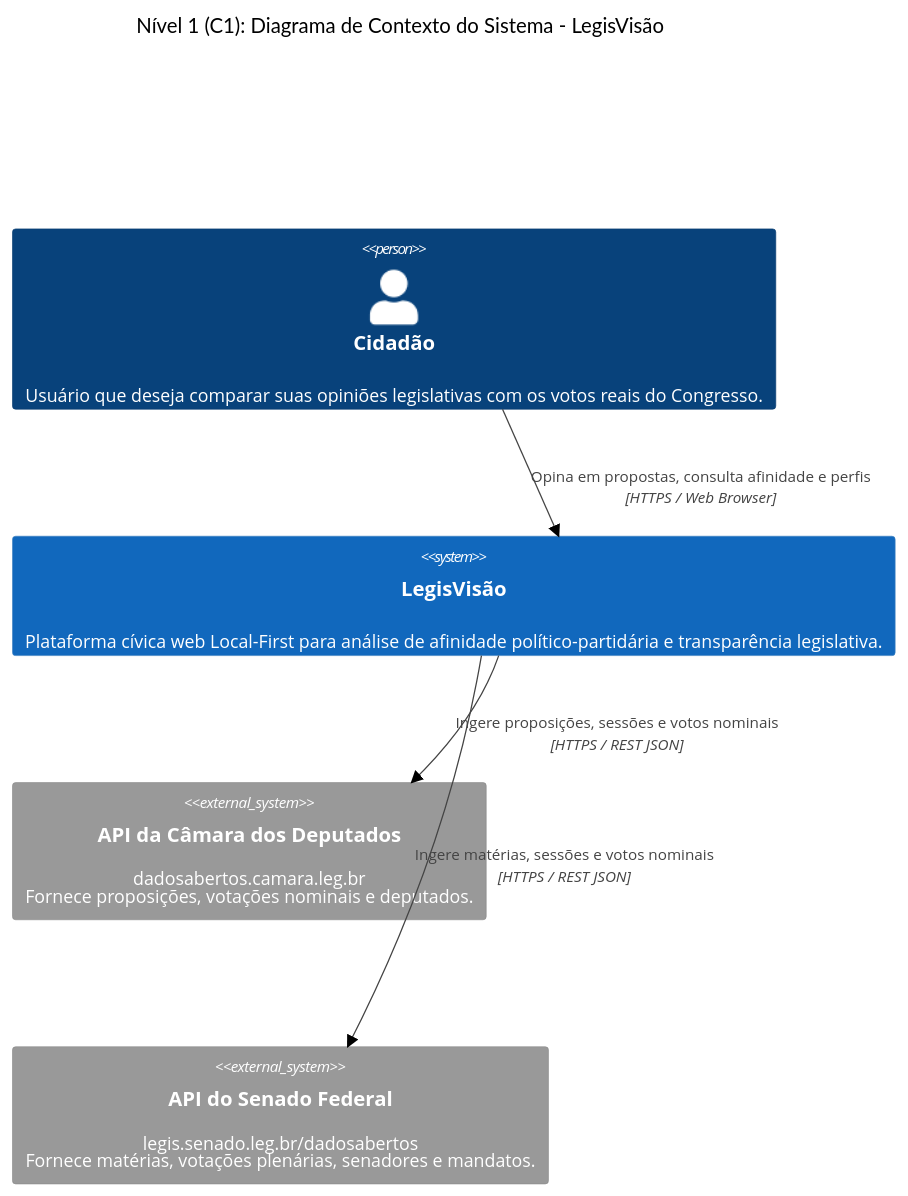
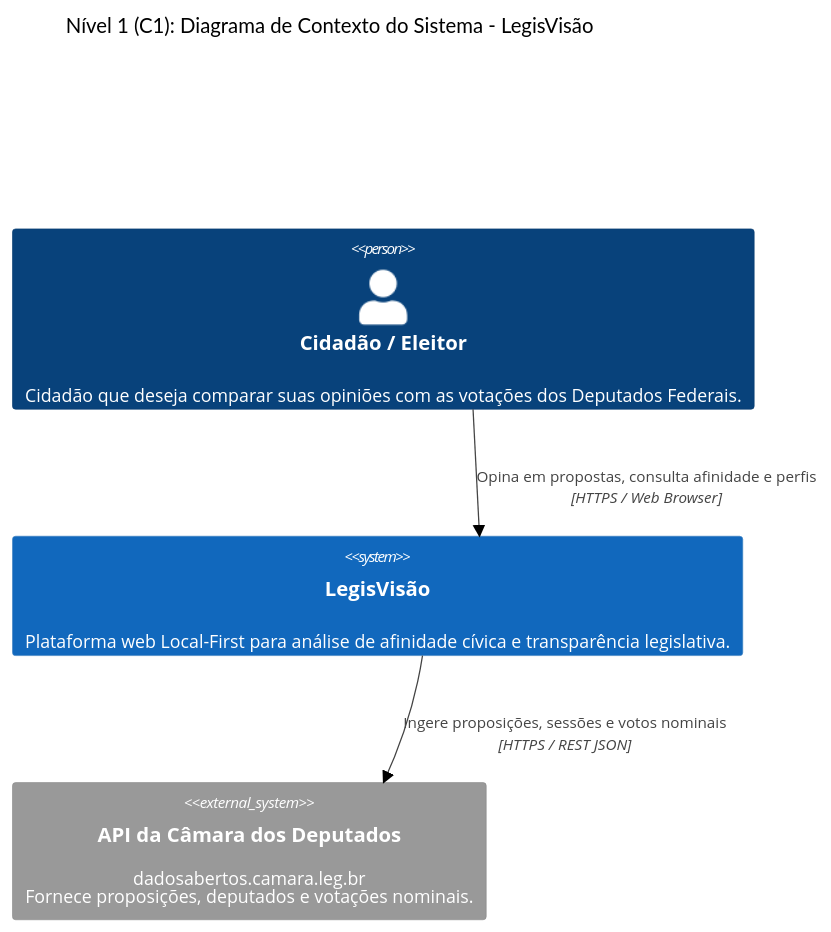
The first of 3 diagrams in README.md (didifive/legisvisao), drawn with Mermaid (neutral theme) before and after one commit. The commit also changed other lines of this file and 61 other files, not shown here.

Commit message:
feat: implement core LegisVisão application architecture, sync scripts, and affinity matching engine

````diff
--- a/README.md
+++ b/README.md
@@ -50,15 +47,13 @@
 ```mermaid
 C4Context
     title Nível 1 (C1): Diagrama de Contexto do Sistema - LegisVisão
 
-    Person(cidadao, "Cidadão", "Usuário que deseja comparar suas opiniões legislativas com os votos reais do Congresso.")
+    Person(cidadao, "Cidadão / Eleitor", "Cidadão que deseja comparar suas opiniões com as votações dos Deputados Federais.")
     
-    System(legisvisao, "LegisVisão", "Plataforma cívica web Local-First para análise de afinidade político-partidária e transparência legislativa.")
+    System(legisvisao, "LegisVisão", "Plataforma web Local-First para análise de afinidade cívica e transparência legislativa.")
     
-    System_Ext(camara, "API da Câmara dos Deputados", "dadosabertos.camara.leg.br<br/>Fornece proposições, votações nominais e deputados.")
-    System_Ext(senado, "API do Senado Federal", "legis.senado.leg.br/dadosabertos<br/>Fornece matérias, votações plenárias, senadores e mandatos.")
+    System_Ext(camara, "API da Câmara dos Deputados", "dadosabertos.camara.leg.br<br/>Fornece proposições, deputados e votações nominais.")
 
     Rel(cidadao, legisvisao, "Opina em propostas, consulta afinidade e perfis", "HTTPS / Web Browser")
     Rel(legisvisao, camara, "Ingere proposições, sessões e votos nominais", "HTTPS / REST JSON")
-    Rel(legisvisao, senado, "Ingere matérias, sessões e votos nominais", "HTTPS / REST JSON")
 ```
````
